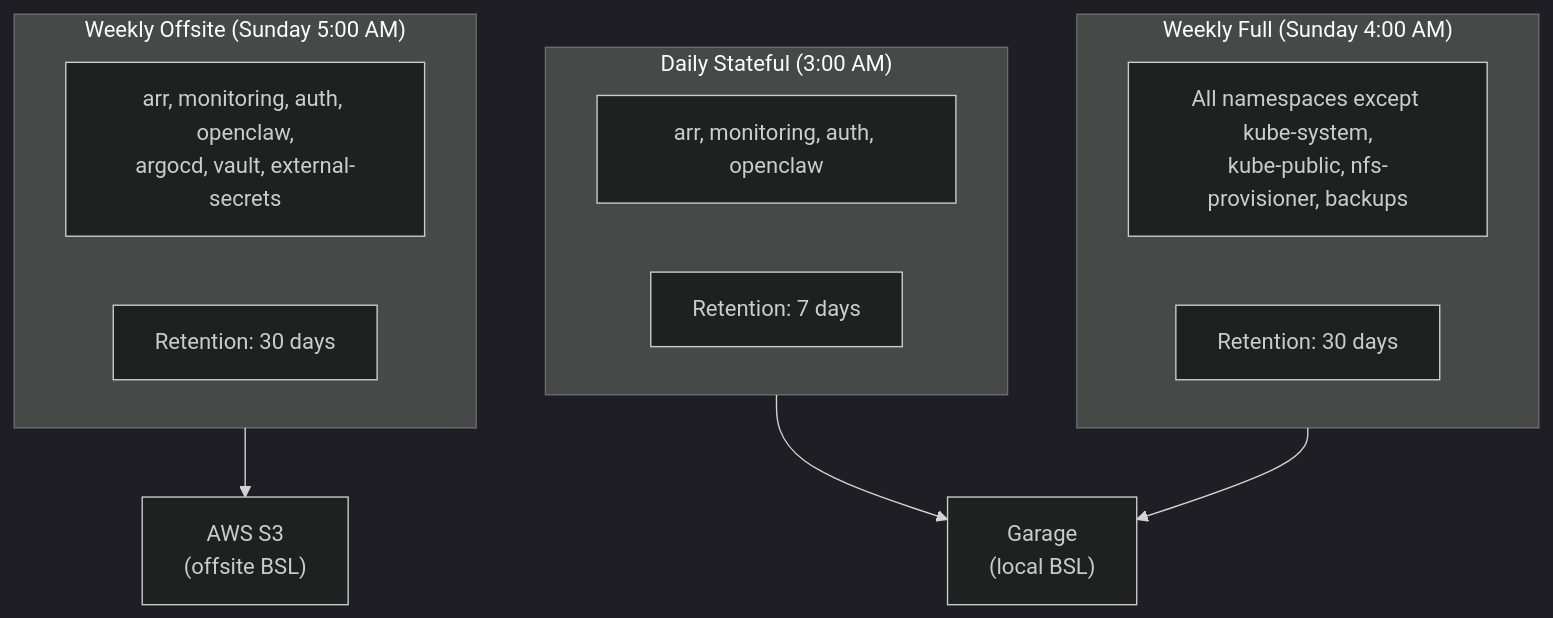
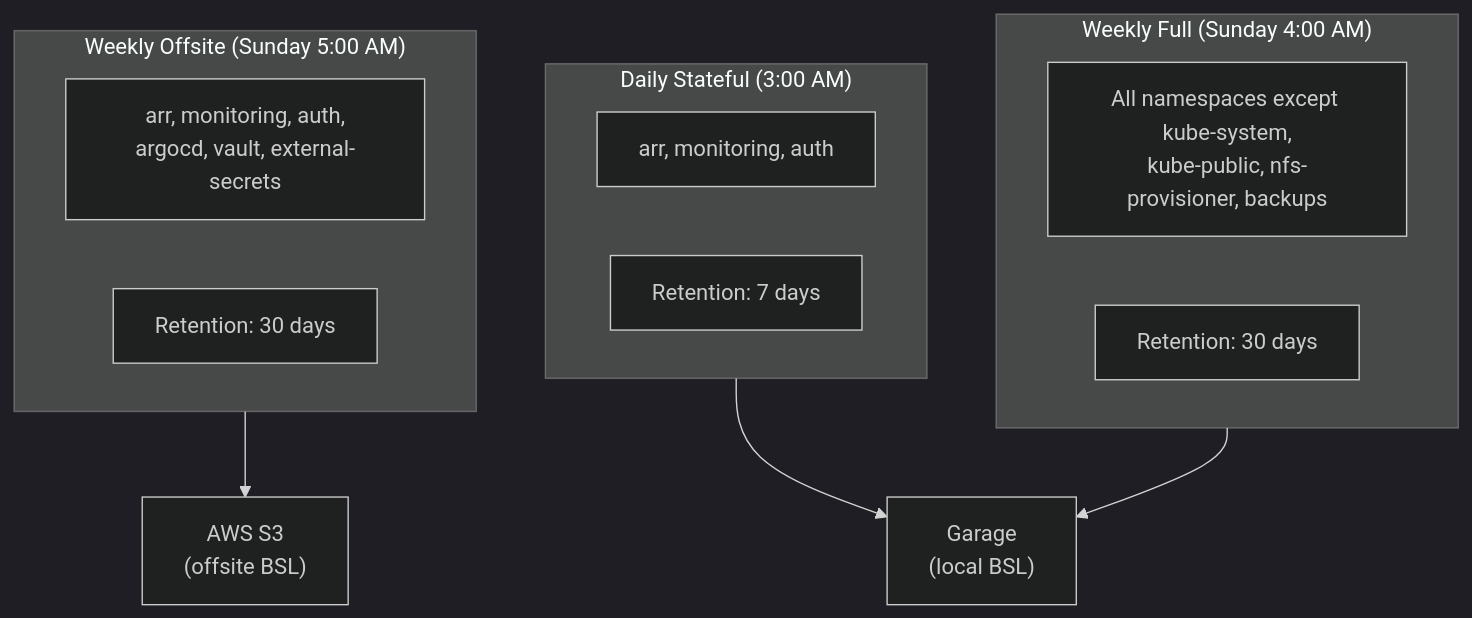
The second of 3 diagrams in docs/architecture/backups.md (kyleseneker/homelab), drawn with Mermaid (dark theme) before and after one commit. The commit also changed other lines of this file and 45 other files, not shown here.

````diff
--- a/docs/architecture/backups.md
+++ b/docs/architecture/backups.md
@@ -91,21 +91,21 @@
 ```mermaid
 flowchart TD
     subgraph daily["Daily Stateful (3:00 AM)"]
-        dailyTarget["arr, monitoring, auth, openclaw"]
+        dailyTarget["arr, monitoring, auth"]
         dailyRetention["Retention: 7 days"]
     end
 
     subgraph weekly["Weekly Full (Sunday 4:00 AM)"]
         weeklyTarget["All namespaces except kube-system,\nkube-public, nfs-provisioner, backups"]
         weeklyRetention["Retention: 30 days"]
     end
 
     subgraph offsite["Weekly Offsite (Sunday 5:00 AM)"]
-        offsiteTarget["arr, monitoring, auth, openclaw,\nargocd, vault, external-secrets"]
+        offsiteTarget["arr, monitoring, auth,\nargocd, vault, external-secrets"]
         offsiteRetention["Retention: 30 days"]
     end
 
     daily --> garage["Garage\n(local BSL)"]
     weekly --> garage
     offsite --> s3["AWS S3\n(offsite BSL)"]
 ```
````
